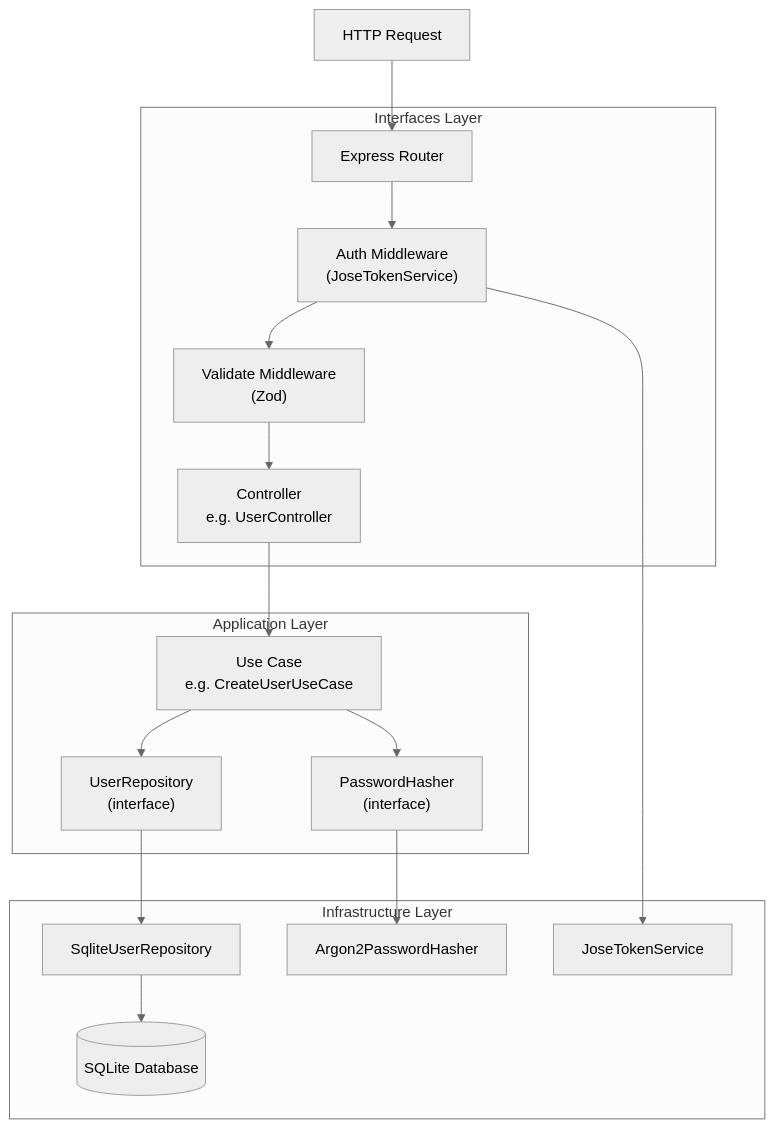
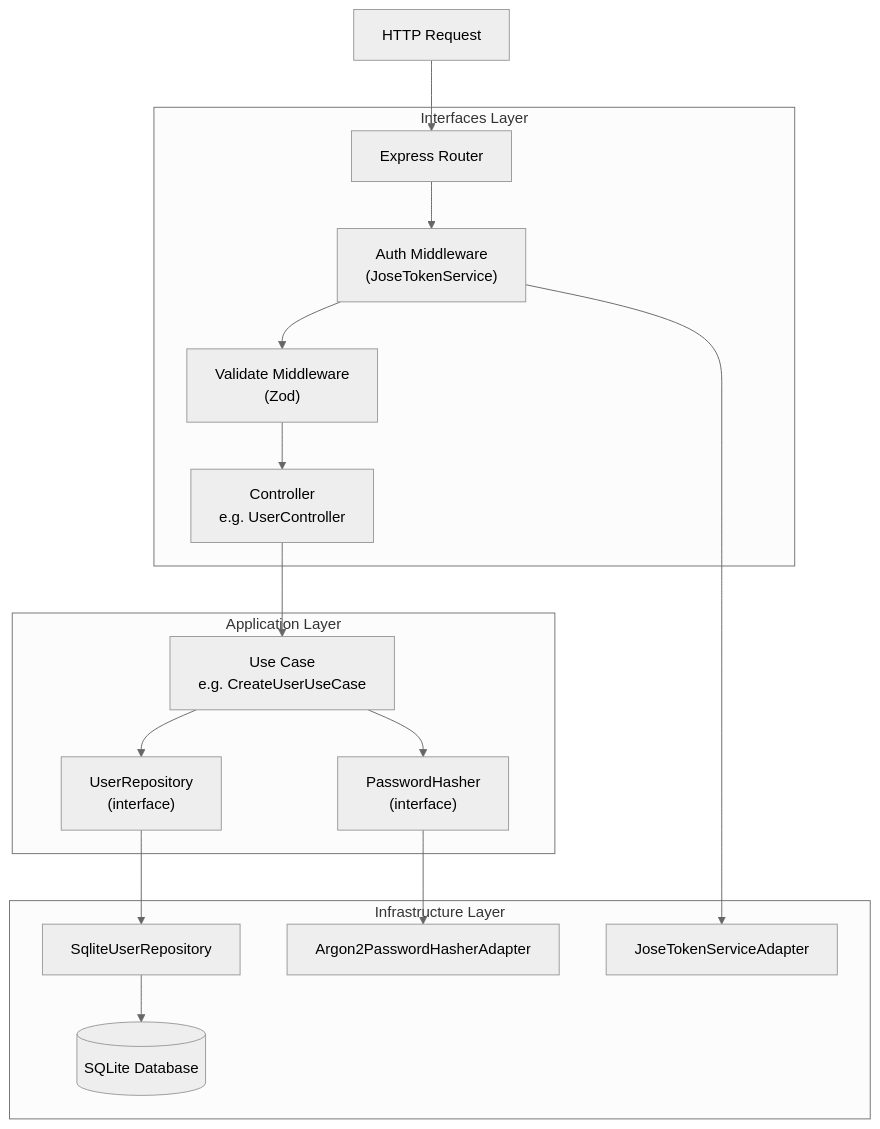
Before and after one commit to hsummerhays/enterprise-express: the third of 3 diagrams in docs/c4-model.md, drawn with Mermaid (neutral theme). The commit also changed other lines of this file and 76 other files, not shown here.

````diff
--- a/docs/c4-model.md
+++ b/docs/c4-model.md
@@ -95,42 +95,42 @@
 ```mermaid
 flowchart TD
     Request["HTTP Request"]
 
     subgraph Interfaces["Interfaces Layer"]
         Router["Express Router"]
         AuthMW["Auth Middleware
         (JoseTokenService)"]
         ValidateMW["Validate Middleware
         (Zod)"]
         Controller["Controller
         e.g. UserController"]
     end
 
     subgraph Application["Application Layer"]
         UseCase["Use Case
         e.g. CreateUserUseCase"]
         RepoPort["UserRepository
         (interface)"]
         HasherPort["PasswordHasher
         (interface)"]
     end
 
     subgraph Infrastructure["Infrastructure Layer"]
         RepoImpl["SqliteUserRepository"]
-        HasherImpl["Argon2PasswordHasher"]
-        TokenImpl["JoseTokenService"]
+        HasherImpl["Argon2PasswordHasherAdapter"]
+        TokenImpl["JoseTokenServiceAdapter"]
         DB[("SQLite Database")]
     end
 
     Request --> Router
     Router --> AuthMW
     AuthMW --> ValidateMW
     ValidateMW --> Controller
     Controller --> UseCase
     UseCase --> RepoPort
     UseCase --> HasherPort
     RepoPort --> RepoImpl
     HasherPort --> HasherImpl
     AuthMW --> TokenImpl
     RepoImpl --> DB
 ```
````
